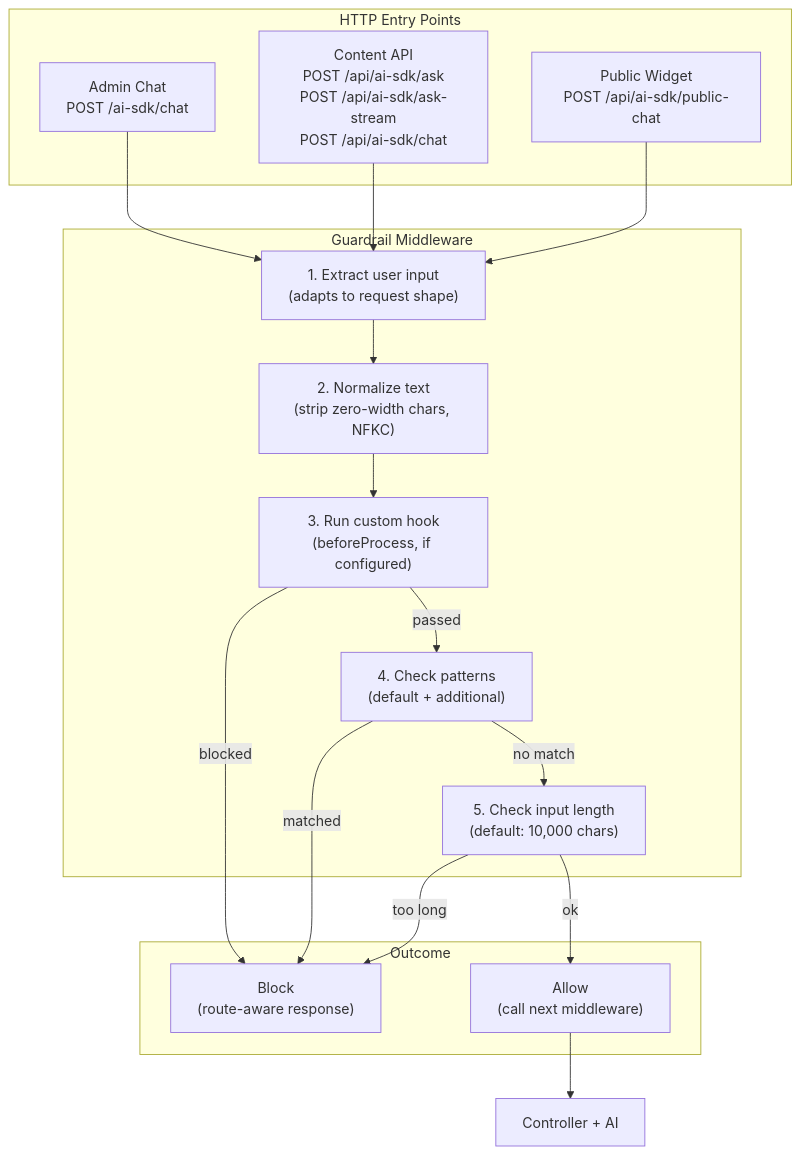
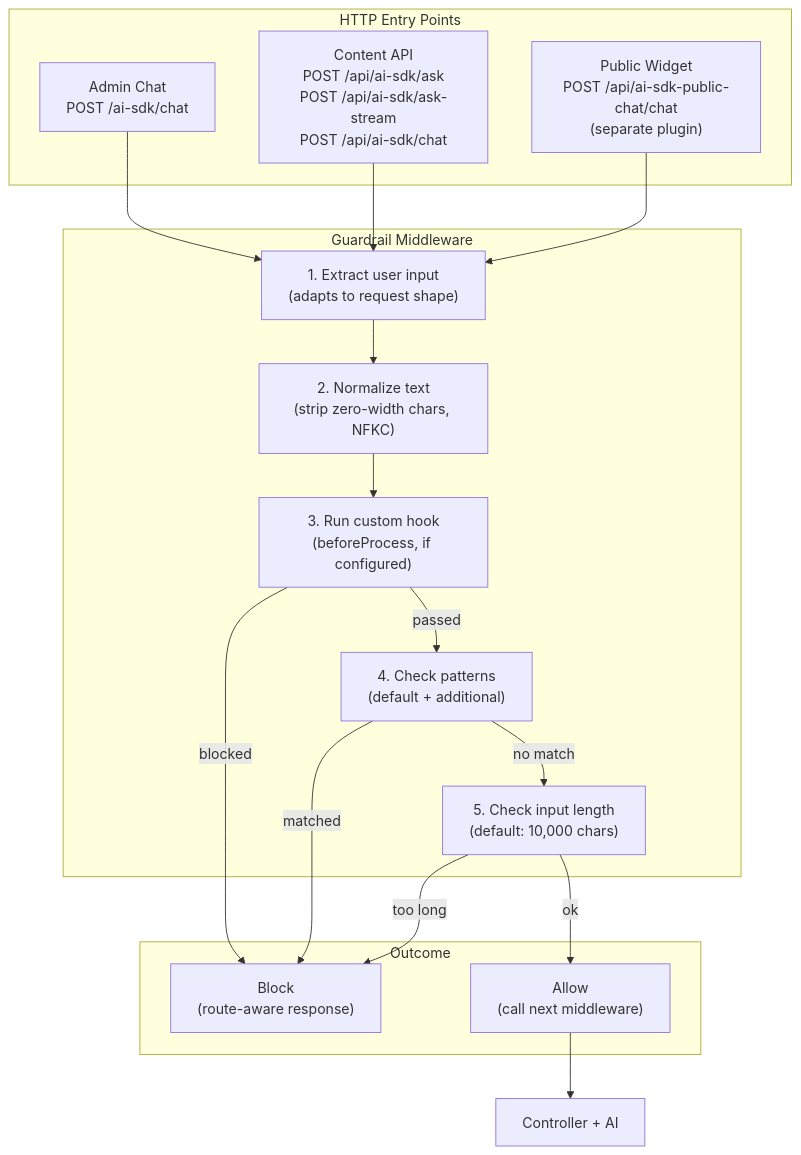
The first of 6 diagrams in docs/guardrails.md (PaulBratslavsky/strapi-plugin-ai-chat), drawn with Mermaid before and after one commit. The commit also changed other lines of this file and 19 other files, not shown here.

First line of the commit message:
feat!: extract public chat into strapi-plugin-ai-sdk-public-chat

````diff
--- a/docs/guardrails.md
+++ b/docs/guardrails.md
@@ -150,34 +152,34 @@
 ```mermaid
 graph TB
     subgraph Entry["HTTP Entry Points"]
         Admin["Admin Chat<br/>POST /ai-sdk/chat"]
         API["Content API<br/>POST /api/ai-sdk/ask<br/>POST /api/ai-sdk/ask-stream<br/>POST /api/ai-sdk/chat"]
-        Public["Public Widget<br/>POST /api/ai-sdk/public-chat"]
+        Public["Public Widget<br/>POST /api/ai-sdk-public-chat/chat<br/>(separate plugin)"]
     end
 
     subgraph Middleware["Guardrail Middleware"]
         Extract["1. Extract user input<br/>(adapts to request shape)"]
         Normalize["2. Normalize text<br/>(strip zero-width chars, NFKC)"]
         Hook["3. Run custom hook<br/>(beforeProcess, if configured)"]
         Patterns["4. Check patterns<br/>(default + additional)"]
         Length["5. Check input length<br/>(default: 10,000 chars)"]
     end
 
     subgraph Result["Outcome"]
         Block["Block<br/>(route-aware response)"]
         Allow["Allow<br/>(call next middleware)"]
     end
 
     Admin --> Extract
     API --> Extract
     Public --> Extract
     Extract --> Normalize
     Normalize --> Hook
     Hook -->|"blocked"| Block
     Hook -->|"passed"| Patterns
     Patterns -->|"matched"| Block
     Patterns -->|"no match"| Length
     Length -->|"too long"| Block
     Length -->|"ok"| Allow
     Allow --> Controller["Controller + AI"]
 ```
````
